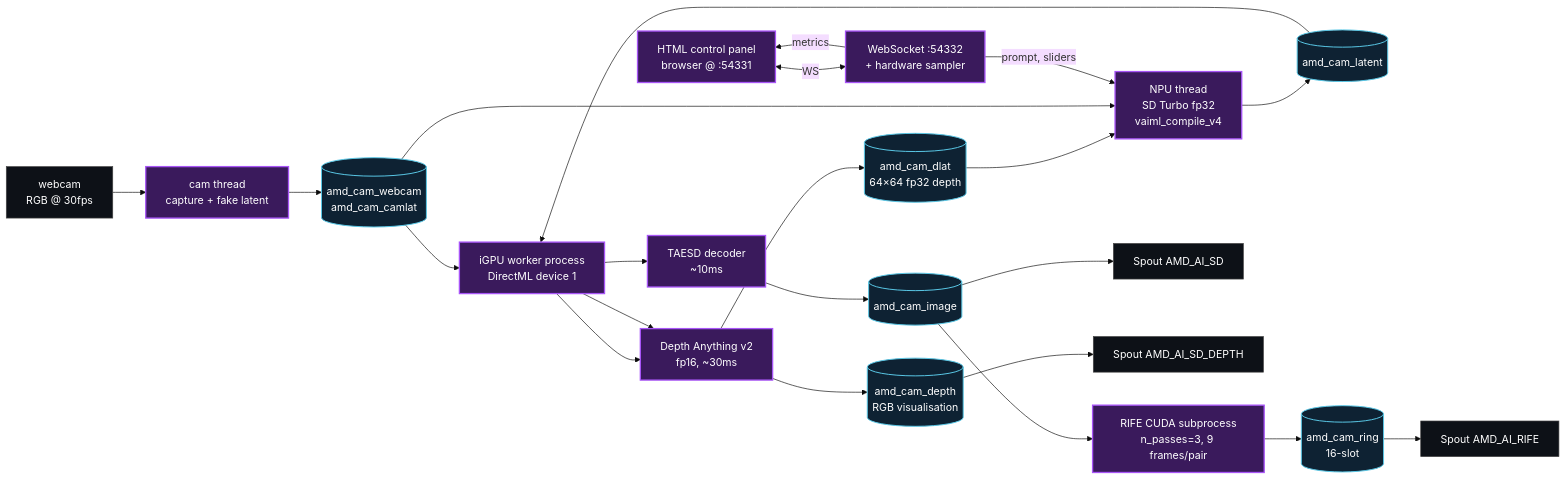
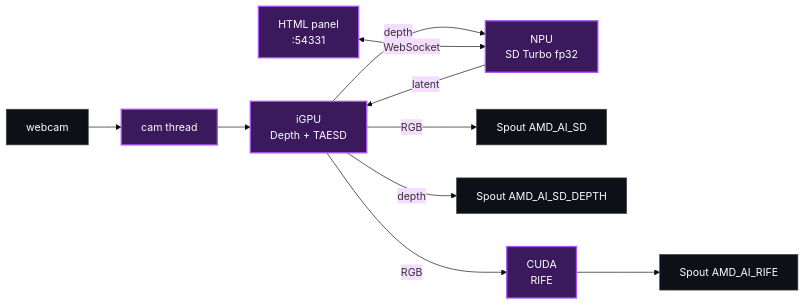
One commit to UnveilStudio/morpheus-cam changed the diagram in README.md. Above: the diagram before and after it, drawn with Mermaid (base theme). The commit also changed other lines of this file and 1 other file, not shown here.

First line of the commit message:
docs: trim README, add control panel screenshot

````diff
--- a/README.md
+++ b/README.md
@@ -92,49 +34,17 @@
 ```mermaid
 flowchart LR
-    CAM[webcam<br/>RGB @ 30fps]
-    CAMTH[cam thread<br/>capture + fake latent]
-    CAMSHM[(amd_cam_webcam<br/>amd_cam_camlat)]
-
-    IGPU[iGPU worker process<br/>DirectML device 1]
-    DEPTH[Depth Anything v2<br/>fp16, ~30ms]
-    TAESD_DEC[TAESD decoder<br/>~10ms]
-    DLATSHM[(amd_cam_dlat<br/>64×64 fp32 depth)]
-    DEPTHSHM[(amd_cam_depth<br/>RGB visualisation)]
-
-    NPU[NPU thread<br/>SD Turbo fp32<br/>vaiml_compile_v4]
-    LATSHM[(amd_cam_latent)]
-    IMGSHM[(amd_cam_image)]
-
-    RIFE[RIFE CUDA subprocess<br/>n_passes=3, 9 frames/pair]
-    RINGSHM[(amd_cam_ring<br/>16-slot)]
-
-    SP_SD[Spout AMD_AI_SD]
-    SP_DEPTH[Spout AMD_AI_SD_DEPTH]
-    SP_RIFE[Spout AMD_AI_RIFE]
-
-    PANEL[HTML control panel<br/>browser @ :54331]
-    WS[WebSocket :54332<br/>+ hardware sampler]
-
-    CAM --> CAMTH --> CAMSHM
-    CAMSHM --> IGPU
-    IGPU --> DEPTH --> DLATSHM
-    IGPU --> DEPTH --> DEPTHSHM
-    DEPTHSHM --> SP_DEPTH
-    DLATSHM --> NPU
-    CAMSHM --> NPU
-    NPU --> LATSHM --> IGPU
-    IGPU --> TAESD_DEC --> IMGSHM
-    IMGSHM --> SP_SD
-    IMGSHM --> RIFE --> RINGSHM --> SP_RIFE
-
-    PANEL <-->|WS| WS
-    WS -->|prompt, sliders| NPU
-    WS -->|metrics| PANEL
+    CAM[webcam] --> CAMTH[cam thread]
+    CAMTH --> IGPU[iGPU<br/>Depth + TAESD]
+    IGPU -- depth --> NPU[NPU<br/>SD Turbo fp32]
+    NPU -- latent --> IGPU
+    IGPU -- RGB --> SP_SD[Spout AMD_AI_SD]
+    IGPU -- depth --> SP_DEPTH[Spout AMD_AI_SD_DEPTH]
+    IGPU -- RGB --> RIFE[CUDA<br/>RIFE]
+    RIFE --> SP_RIFE[Spout AMD_AI_RIFE]
+    PANEL[HTML panel<br/>:54331] <-- WebSocket --> NPU
 
     classDef np fill:#3a1a5c,stroke:#a855f7,stroke-width:2px,color:#fff
-    classDef shm fill:#0e2233,stroke:#5ac8e6,stroke-width:1.5px,color:#fff
     classDef out fill:#0d1117,stroke:#444,color:#fff
-    class NPU,IGPU,DEPTH,TAESD_DEC,RIFE,CAMTH,PANEL,WS np
-    class CAMSHM,DLATSHM,DEPTHSHM,LATSHM,IMGSHM,RINGSHM shm
+    class NPU,IGPU,RIFE,CAMTH,PANEL np
     class SP_SD,SP_DEPTH,SP_RIFE,CAM out
 ```
````
